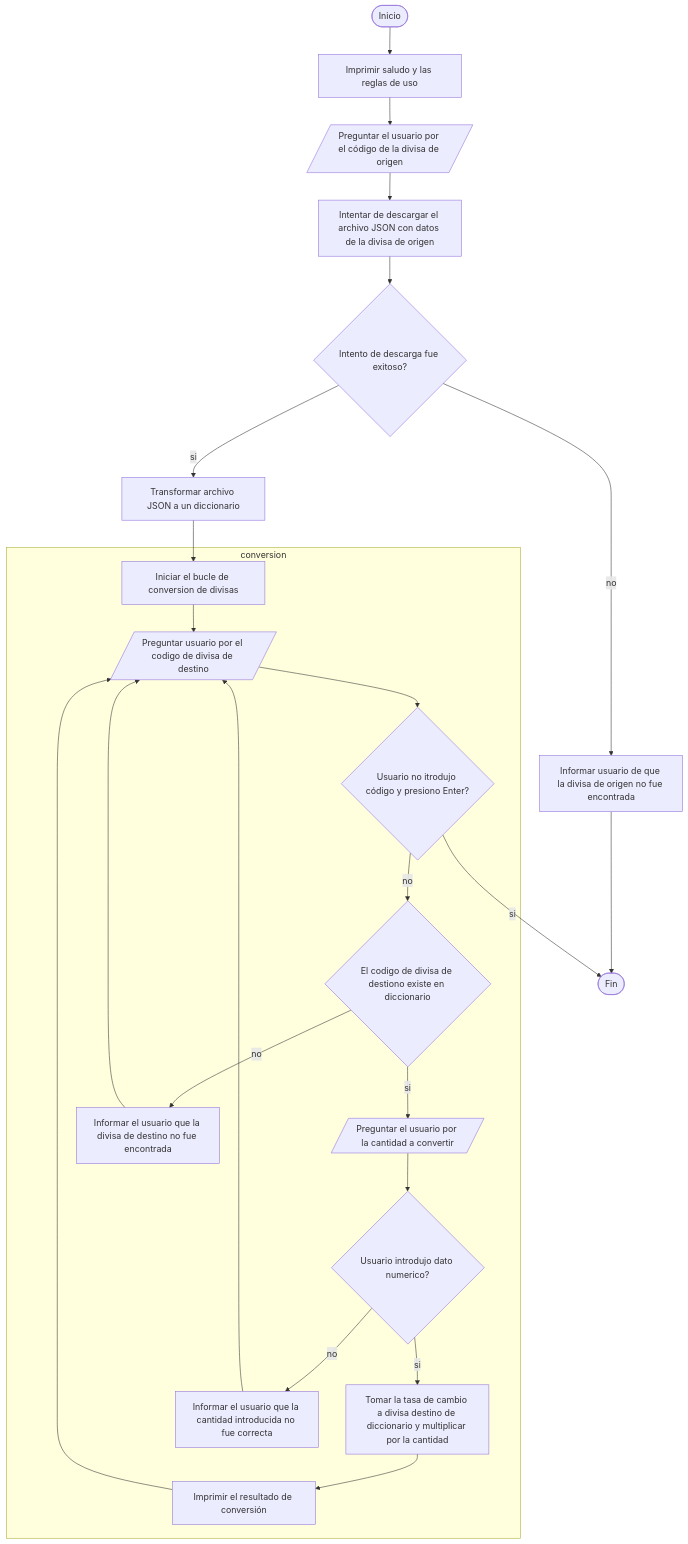
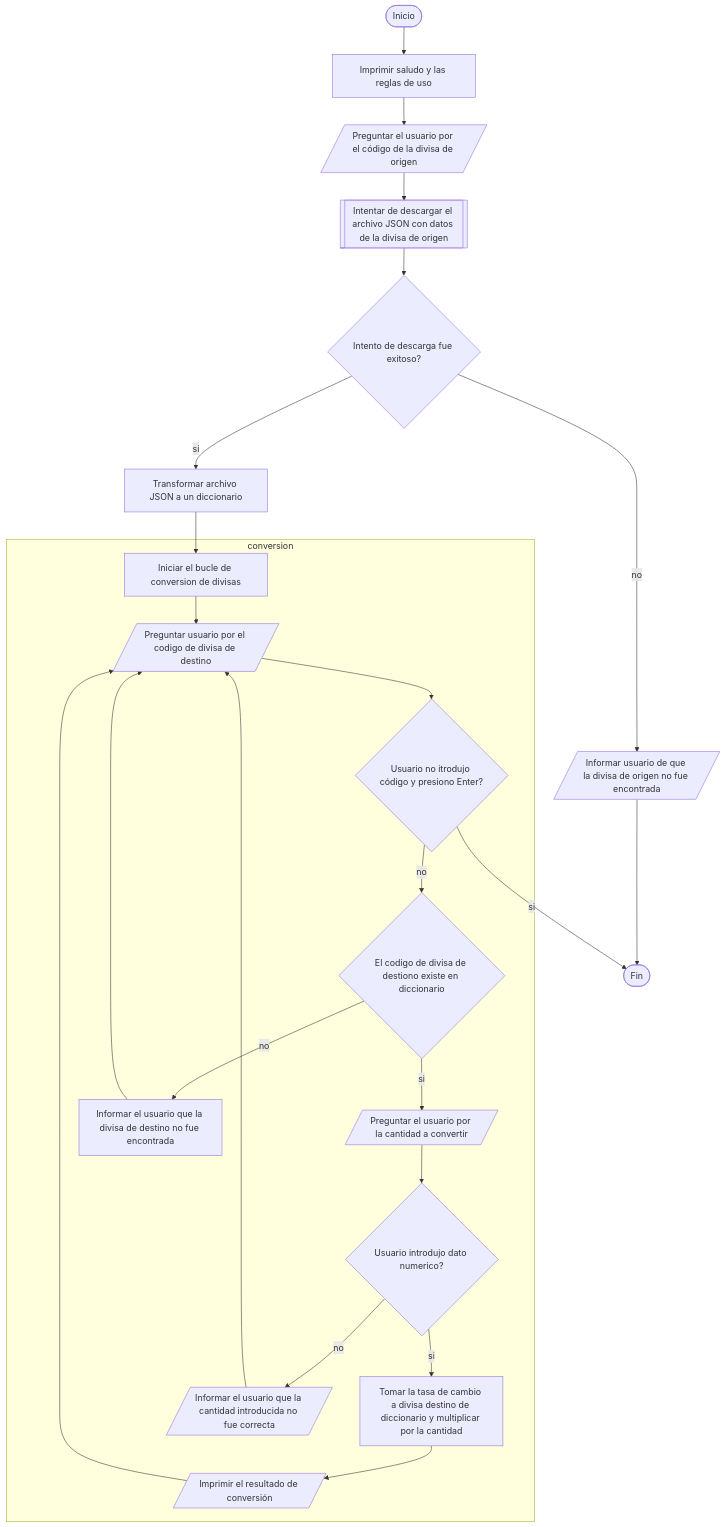
Before and after one commit to vshalisko/PythonIntro: the diagram in Unidad_2/Proyecto_Convertidor_divisas_algoritmo.mermaid, drawn with Mermaid.

```diff
--- a/Unidad_2/Proyecto_Convertidor_divisas_algoritmo.mermaid
+++ b/Unidad_2/Proyecto_Convertidor_divisas_algoritmo.mermaid
@@ -1,32 +1,32 @@
 flowchart TD
 
 A([Inicio]) --> B
 B[Imprimir saludo y las reglas de uso] --> C
 C[/Preguntar el usuario por el código de la divisa de origen/] --> D
-D[Intentar de descargar el archivo JSON con datos de la divisa de origen] --> E
+D[[Intentar de descargar el archivo JSON con datos de la divisa de origen]] --> E
 E{Intento de descarga fue exitoso?} -- si --> F
 E -- no --> G
-G[Informar usuario de que la divisa de origen no fue encontrada] --> Z
+G[/Informar usuario de que la divisa de origen no fue encontrada/] --> Z
 
 F[Transformar archivo JSON a un diccionario] --> H
 
 subgraph conversion
 H[Iniciar el bucle de conversion de divisas] --> I
 I[/Preguntar usuario por el codigo de divisa de destino/] --> J
 J{Usuario no itrodujo código y presiono Enter?} -- no --> K
 K{El codigo de divisa de destiono existe en diccionario} -- si --> L
 K -- no --> M
 M[Informar el usuario que la divisa de destino no fue encontrada] --> I
 
 L[/Preguntar el usuario por la cantidad a convertir/] --> N
 N{Usuario introdujo dato numerico?} -- si --> O
 N -- no --> P
-P[Informar el usuario que la cantidad introducida no fue correcta] --> I
+P[/Informar el usuario que la cantidad introducida no fue correcta/] --> I
 
 O[Tomar la tasa de cambio a divisa destino de diccionario y multiplicar por la cantidad] --> Q
-Q[Imprimir el resultado de conversión] --> I
+Q[/Imprimir el resultado de conversión/] --> I
 end
 
 J -- si --> Z
 
 Z([Fin])
```
